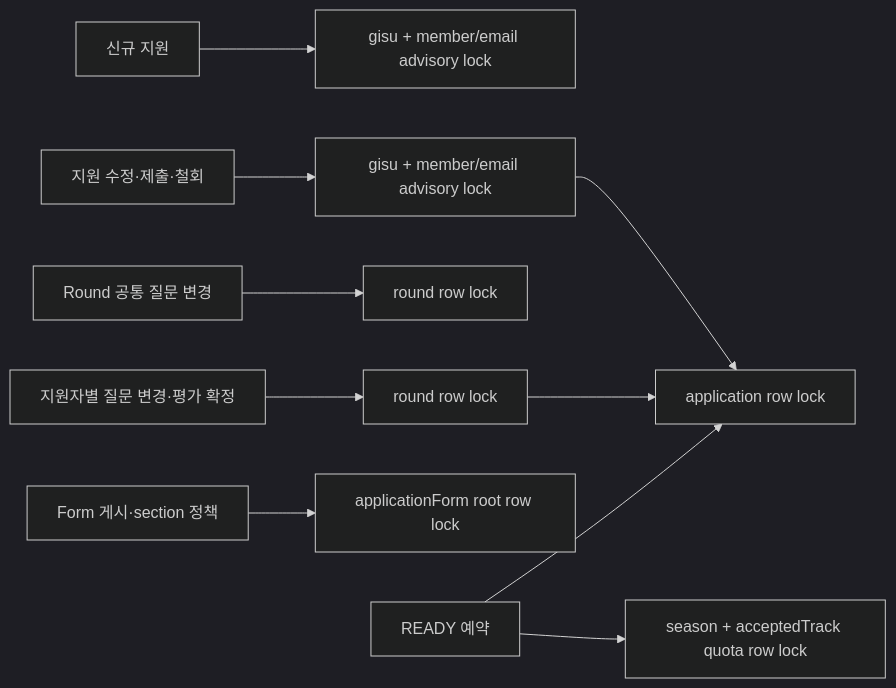
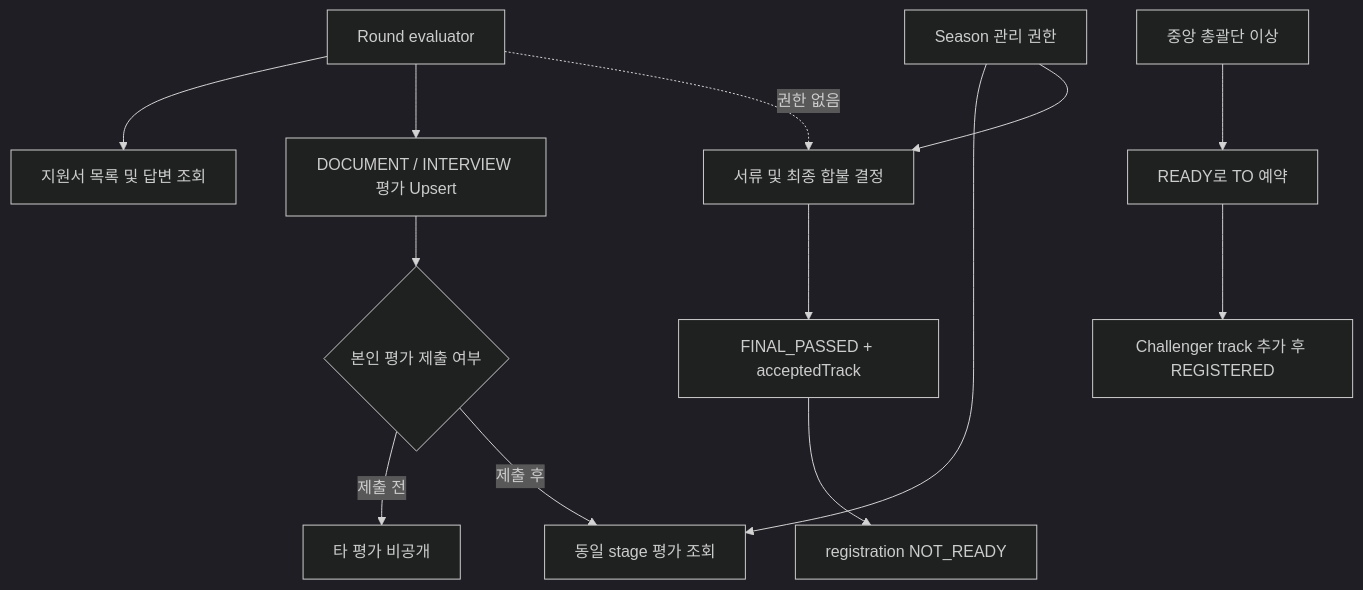
Before and after one commit to UMC-PRODUCT/cygnus-server: the sixth of 6 diagrams in docs/onboarding/domain/recruiting-diagrams.md, drawn with Mermaid (dark theme). The commit also changed other lines of this file and 193 other files, not shown here.

````diff
--- a/docs/onboarding/domain/recruiting-diagrams.md
+++ b/docs/onboarding/domain/recruiting-diagrams.md
@@ -433,12 +192,15 @@
 ```mermaid
-flowchart LR
-    New["신규 지원"] --> NewApplicantLock["gisu + member/email advisory lock"]
-    Existing["지원 수정·제출·철회"] --> ExistingApplicantLock["gisu + member/email advisory lock"]
-    ExistingApplicantLock --> ApplicationLock["application row lock"]
-    RoundQuestion["Round 공통 질문 변경"] --> RoundOnlyLock["round row lock"]
-    ApplicationMutation["지원자별 질문 변경·평가 확정"] --> RoundApplicationLock["round row lock"]
-    RoundApplicationLock --> ApplicationLock
-    FormPolicy["Form 게시·section 정책"] --> FormLock["applicationForm root row lock"]
-    Registration["READY 예약"] --> ApplicationLock
-    Registration --> QuotaLock["season + acceptedTrack quota row lock"]
+flowchart TD
+    E["Round evaluator"] --> R["지원서 목록 및 답변 조회"]
+    E --> V["DOCUMENT / INTERVIEW 평가 Upsert"]
+    V --> P{"본인 평가 제출 여부"}
+    P -->|"제출 전"| Own["타 평가 비공개"]
+    P -->|"제출 후"| All["동일 stage 평가 조회"]
+    M["Season 관리 권한"] --> All
+    M --> D["서류 및 최종 합불 결정"]
+    E -. "권한 없음" .-> D
+    D --> F["FINAL_PASSED + acceptedTrack"]
+    F --> N["registration NOT_READY"]
+    C["중앙 총괄단 이상"] --> Y["READY로 TO 예약"]
+    Y --> Z["Challenger track 추가 후 REGISTERED"]
 ```
````
